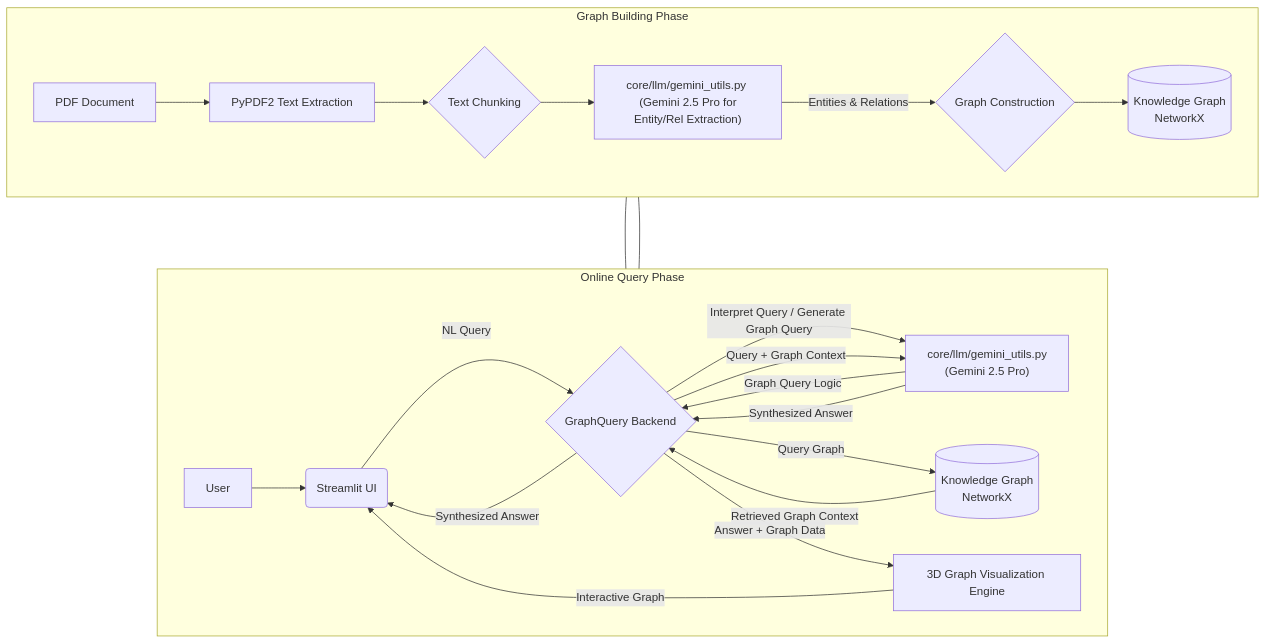
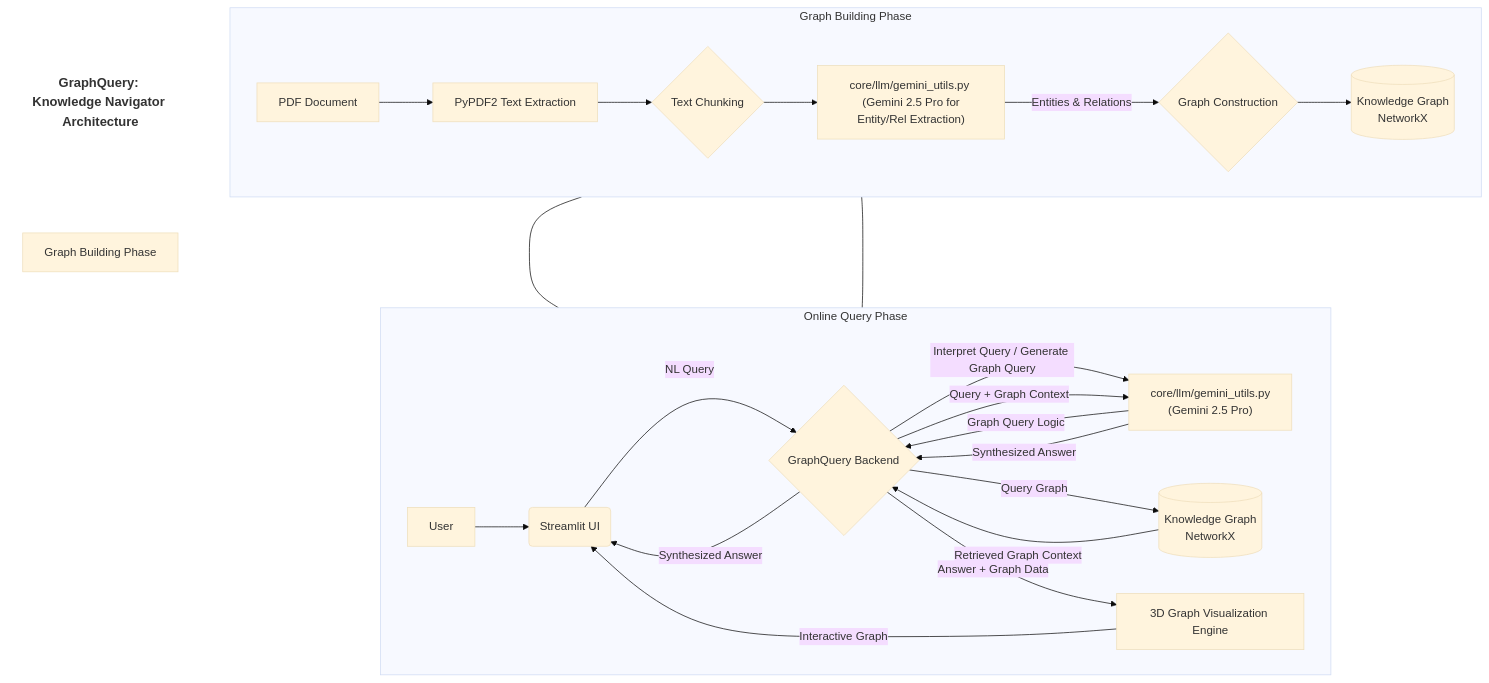
One commit to Mathews-Tom/IntelliForge-Applied-GenAI-Playbook changed the third of 4 diagrams in docs/architecture.md. Above: the diagram before and after it, drawn with Mermaid. The commit also changed other lines of this file, not shown here.

Commit message:
Minor update in architecture graphs to include titles

````diff
--- a/docs/architecture.md
+++ b/docs/architecture.md
@@ -137,31 +153,39 @@
     ```mermaid
+    %%{init: {'theme': 'base', 'themeVariables': { 'titleColor': '#333', 'titleFontSize': '20px'}}}%%
     graph TD
+       %% Title at the top
+       classDef titleClass fill:none,stroke:none,color:#333,font-size:18px,font-weight:bold;
+       title["GraphQuery: Knowledge Navigator Architecture"]:::titleClass;
+
        subgraph Graph Building Phase
            direction LR
            Prep1[PDF Document] --> Prep2[PyPDF2 Text Extraction];
            Prep2 --> Prep3{Text Chunking};
            Prep3 --> Prep4["core/llm/gemini_utils.py <br> (Gemini 2.5 Pro for Entity/Rel Extraction)"];
            Prep4 -- Entities & Relations --> Prep5{Graph Construction};
            Prep5 --> Prep6[(Knowledge Graph <br> NetworkX)];
        end
 
        subgraph Online Query Phase
            direction LR
             A[User] --> B(Streamlit UI);
             B -- NL Query --> C{GraphQuery Backend};
             C -- Interpret Query / Generate Graph Query --> D["core/llm/gemini_utils.py <br> (Gemini 2.5 Pro)"];
             D -- Graph Query Logic --> C;
             C -- Query Graph --> E[(Knowledge Graph <br> NetworkX)];
             E -- Retrieved Graph Context --> C;
             C -- Query + Graph Context --> D;
             D -- Synthesized Answer --> C;
             C -- Answer + Graph Data --> F[3D Graph Visualization Engine];
             C -- Synthesized Answer --> B;
             F -- Interactive Graph --> B;
        end
 
        %% Connect Graph Store
        Prep6 --- E;
        %% Visualization might also query the graph directly
        Prep6 ---- F;
+
+       %% Position title at the top
+       title ~~~ Graph_Building_Phase[Graph Building Phase];
     ```
````
